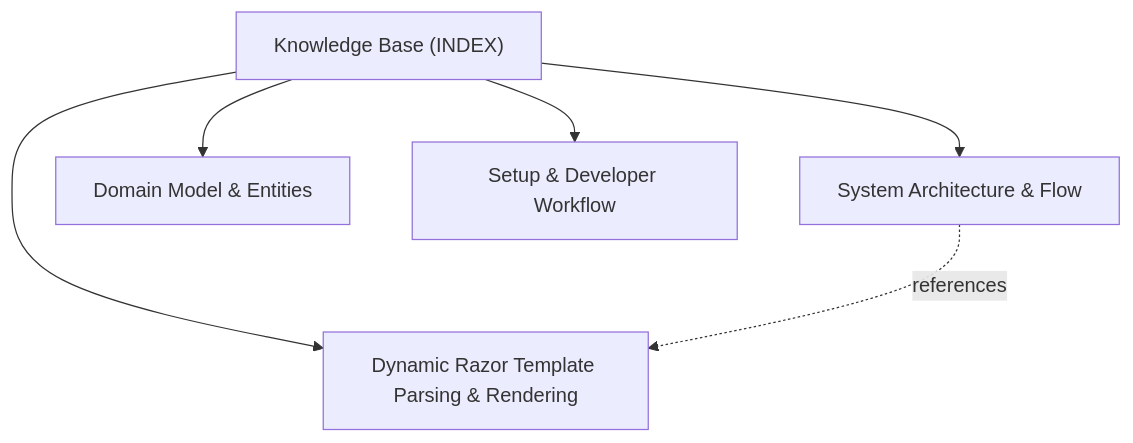
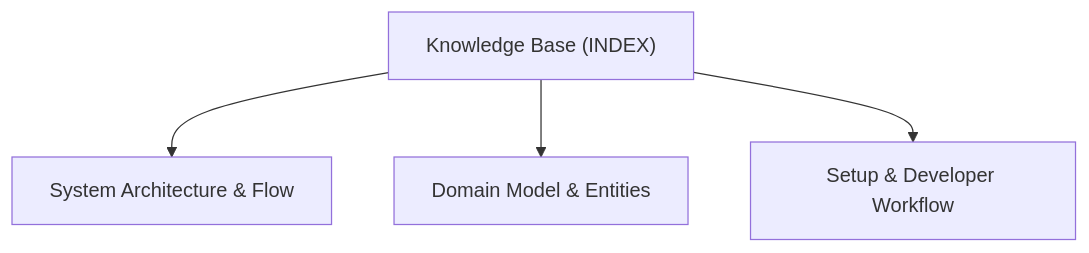
One commit to actdim/practix changed the diagram in ActDim.Emitron.Razor/docs/INDEX.md. Above: the diagram before and after it, drawn with Mermaid. The commit also changed other lines of this file and 247 other files, not shown here.

````diff
--- a/ActDim.Emitron.Razor/docs/INDEX.md
+++ b/ActDim.Emitron.Razor/docs/INDEX.md
@@ -18,13 +18,10 @@
 ```mermaid
 flowchart TD
     INDEX["Knowledge Base (INDEX)"]
     T_ARCHITECTURE["System Architecture & Flow"]
     INDEX --> T_ARCHITECTURE
     T_DOMAIN_MODEL["Domain Model & Entities"]
     INDEX --> T_DOMAIN_MODEL
-    T_RAZOR_TEMPLATE_RENDERING["Dynamic Razor Template Parsing & Rendering"]
-    INDEX --> T_RAZOR_TEMPLATE_RENDERING
     T_SETUP_AND_WORKFLOW["Setup & Developer Workflow"]
     INDEX --> T_SETUP_AND_WORKFLOW
-    T_ARCHITECTURE -.->|references| T_RAZOR_TEMPLATE_RENDERING
 ```
````
